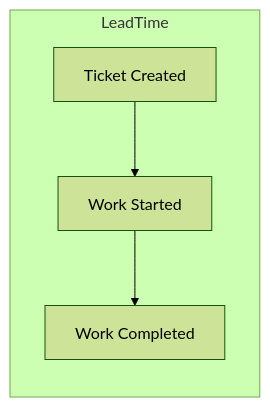
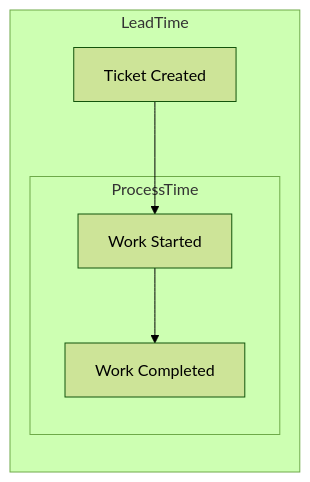
The first of 2 diagrams in books/the_devops_handbook.md (wayofthepie/notes), drawn with Mermaid (forest theme) before and after one commit.

Commit message:
Add nested subgraph

````diff
--- a/books/the_devops_handbook.md
+++ b/books/the_devops_handbook.md
@@ -10,7 +10,9 @@
 ```mermaid
 flowchart LR
     subgraph LeadTime
-    ticket[Ticket Created] --> start[Work Started];
-    start[Work Started] --> complete[Work Completed];
+        ticket[Ticket Created] --> start[Work Started];
+            subgraph ProcessTime
+            start[Work Started] --> complete[Work Completed];
+        end
     end
 ```
````
